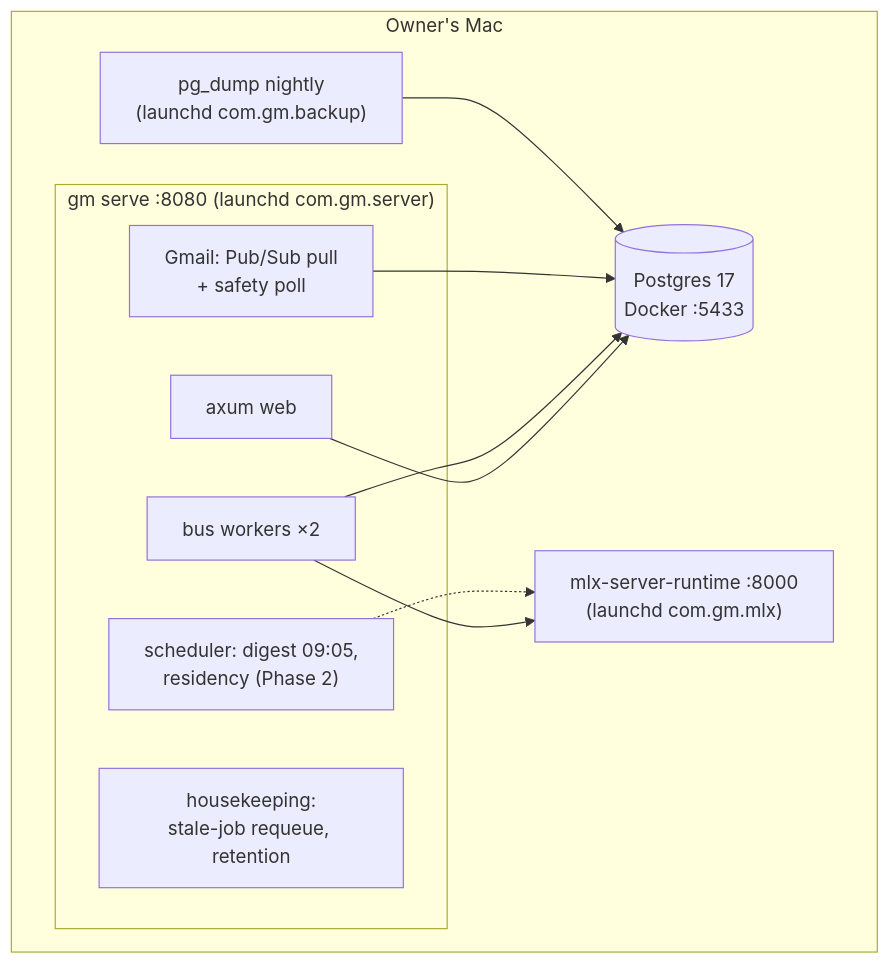
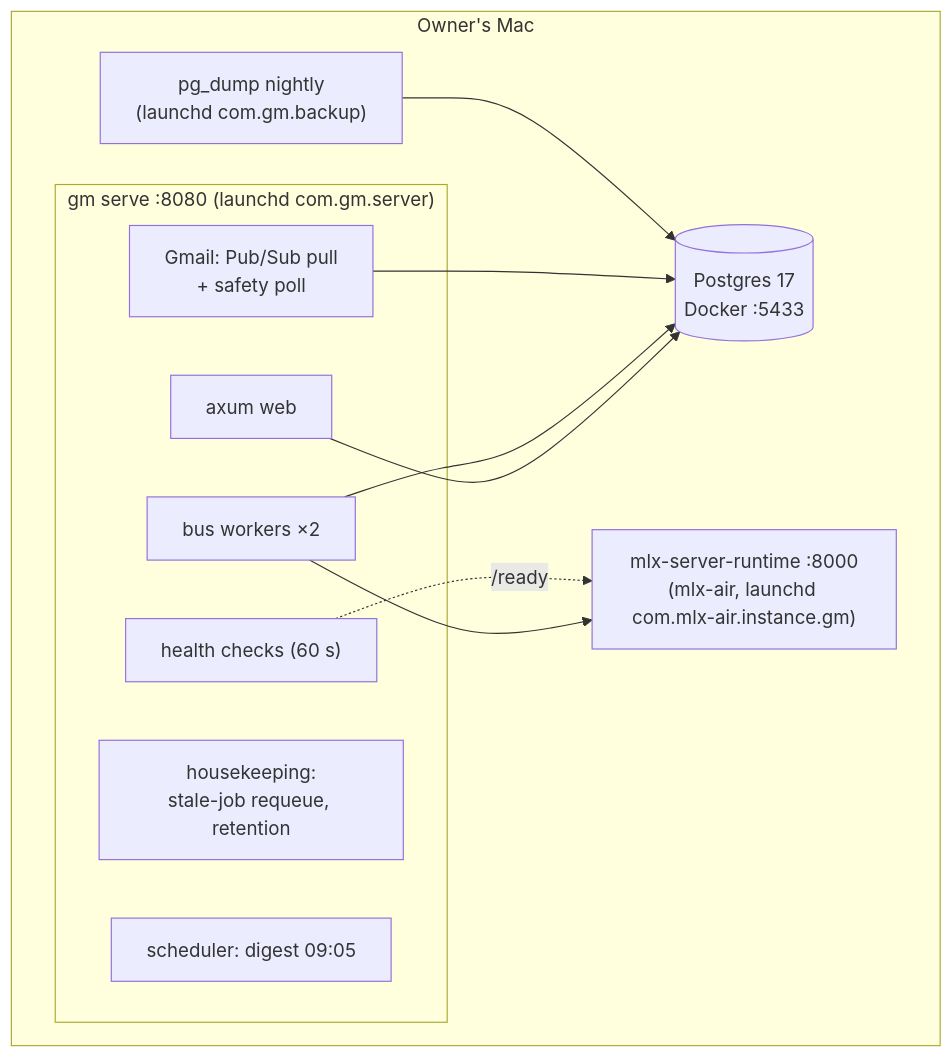
Before and after one commit to huydt84/google-management: the second of 11 diagrams in docs/architecture.md, drawn with Mermaid. The commit also changed other lines of this file and 81 other files, not shown here.

````diff
--- a/docs/architecture.md
+++ b/docs/architecture.md
@@ -79,21 +78,22 @@
 ```mermaid
 flowchart TB
     subgraph mac["Owner's Mac"]
         subgraph gmproc["gm serve :8080 (launchd com.gm.server)"]
             web["axum web"]
             workers["bus workers ×2"]
             poll["Gmail: Pub/Sub pull<br/>+ safety poll"]
             house["housekeeping:<br/>stale-job requeue, retention"]
-            sched["scheduler: digest 09:05,<br/>residency (Phase 2)"]
+            sched["scheduler: digest 09:05"]
+            health["health checks (60 s)"]
         end
         pg[("Postgres 17<br/>Docker :5433")]
-        mlx["mlx-server-runtime :8000<br/>(launchd com.gm.mlx)"]
+        mlx["mlx-server-runtime :8000<br/>(mlx-air, launchd com.mlx-air.instance.gm)"]
         backup["pg_dump nightly<br/>(launchd com.gm.backup)"]
     end
     web --> pg
     workers --> pg
     poll --> pg
     workers --> mlx
-    sched -.-> mlx
+    health -.->|/ready| mlx
     backup --> pg
 ```
````
